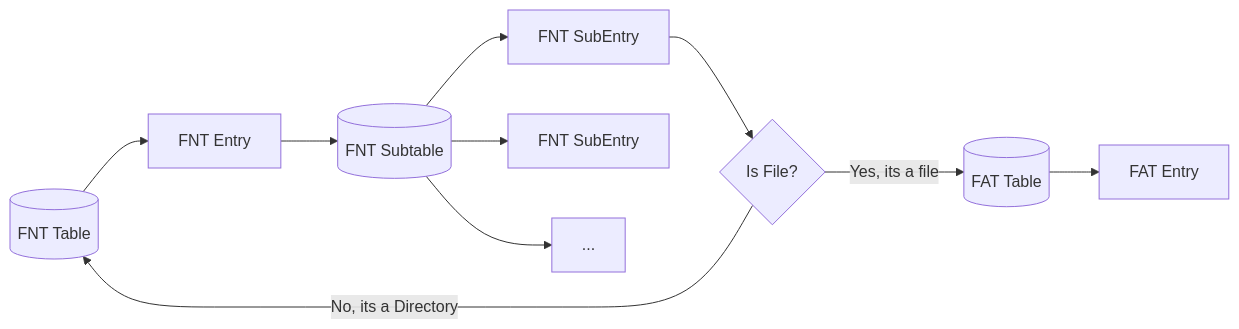
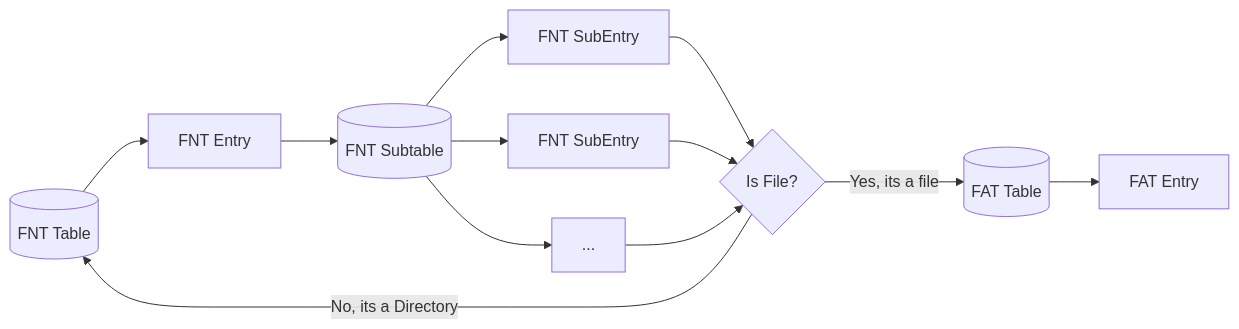
Before and after one commit to Ukalus/Golden-Dawn-Sun-Editor: the fourth of 4 diagrams in README.md, drawn with Mermaid.

````diff
--- a/README.md
+++ b/README.md
@@ -139,26 +139,29 @@
 ```mermaid
 flowchart LR
     A[(FNT Table)]
     B[(FAT Table)]
     C[(FNT Subtable)]
 
     d[FNT Entry]
     e[FNT SubEntry]
     e2[FNT SubEntry]
     e3[...]
     f[FAT Entry]
 
     D{Is File?}
 
     A --> d 
     d --> C
+    
+    C --> e
+    C --> e2
     C --> e3
-    C --> e2
-    C --> e
     
     e --> D
+    e2 --> D
+    e3 --> D
 
     D -->|No, its a Directory| A
     D -->|Yes, its a file| B --> f
 
 ```
````
